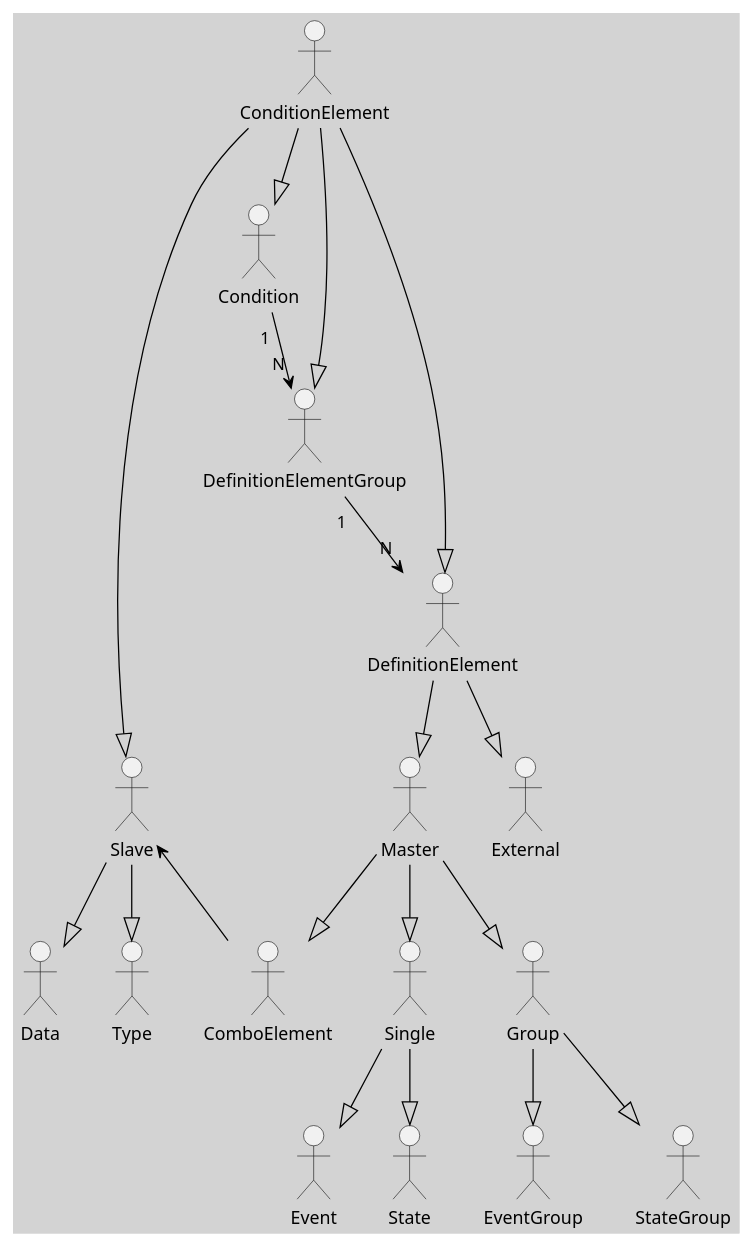
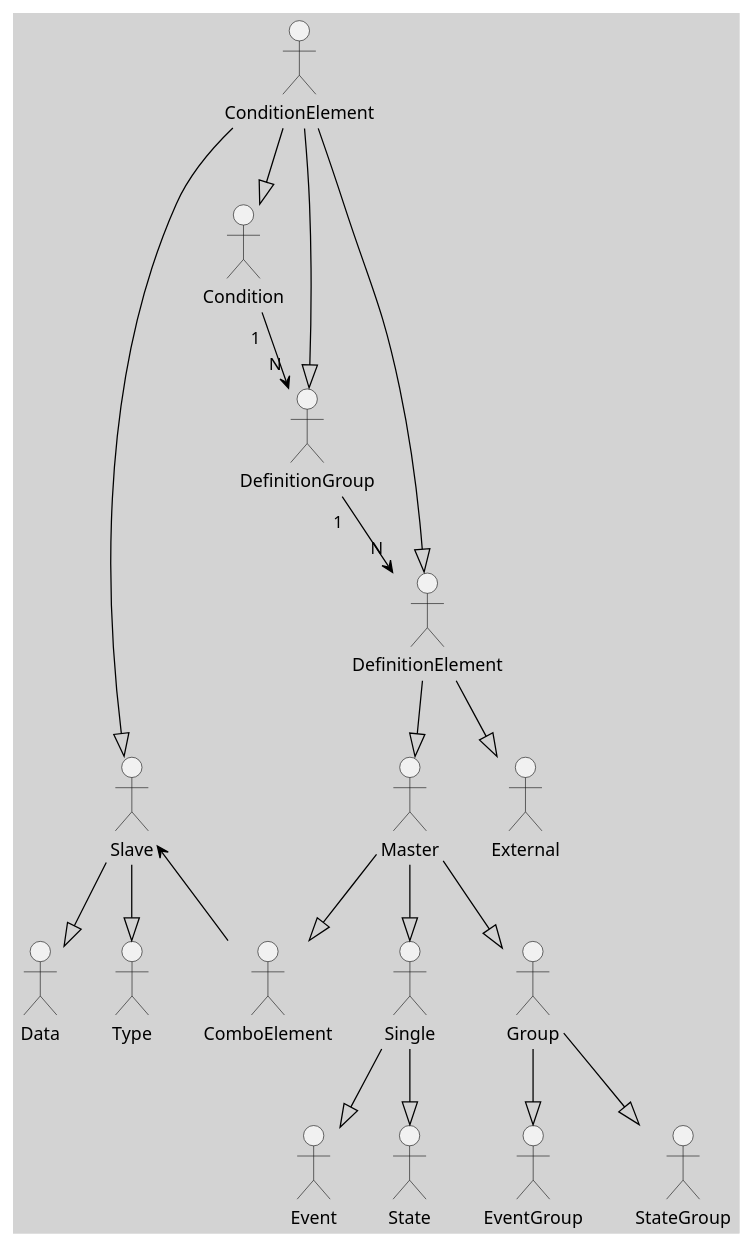
The diagram in core/src/main/kotlin/dev/zieger/utils/statemachine/conditionelements/Condition.puml (SaschaZ/utils), drawn with PlantUML before and after one commit. The commit also changed 25 other files, not shown here.

```diff
--- a/core/src/main/kotlin/dev/zieger/utils/statemachine/conditionelements/Condition.puml
+++ b/core/src/main/kotlin/dev/zieger/utils/statemachine/conditionelements/Condition.puml
@@ -1,49 +1,49 @@
 @startuml
 
 skinparam roundCorner 10
 skinparam padding 3
 skinparam backgroundcolor lightgray
 skinparam arrowcolor black
 skinparam Class {
     BorderColor black
     BorderThickness 1
     BackgroundColor gray
     BackgroundColor<<result>> green
     FontColor white
     FontStyle bold
 }
 skinparam Shadowing false
 hide members
 hide circle
 hide stereotype
 
 Event <<result>>
 State <<result>>
 
 ConditionElement -d-|> Condition
-ConditionElement --d-|> DefinitionElementGroup
+ConditionElement --d-|> DefinitionGroup
 ConditionElement ---d--|> Slave
 ConditionElement ---d-|> DefinitionElement
 
-Condition "1" -> "N" DefinitionElementGroup
-DefinitionElementGroup "1" -> "N" DefinitionElement
+Condition "1" -> "N" DefinitionGroup
+DefinitionGroup "1" -> "N" DefinitionElement
 
 DefinitionElement --|> Master
 DefinitionElement --|> External
 
 Master --|> Single
 Master --|> Group
 
 Single --|> Event
 Single --|> State
 
 Group --|> EventGroup
 Group --|> StateGroup
 
 Slave --|> Data
 Slave --|> Type
 
 Master --|> ComboElement
 ComboElement -u-> Slave
 
 @endumlb
```
